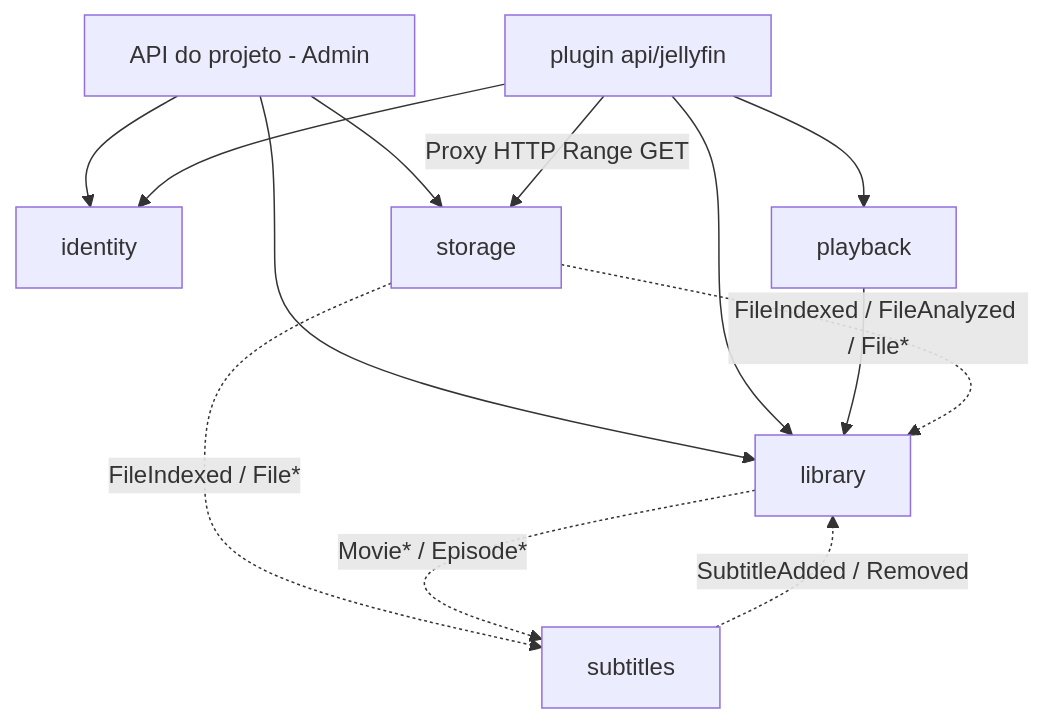
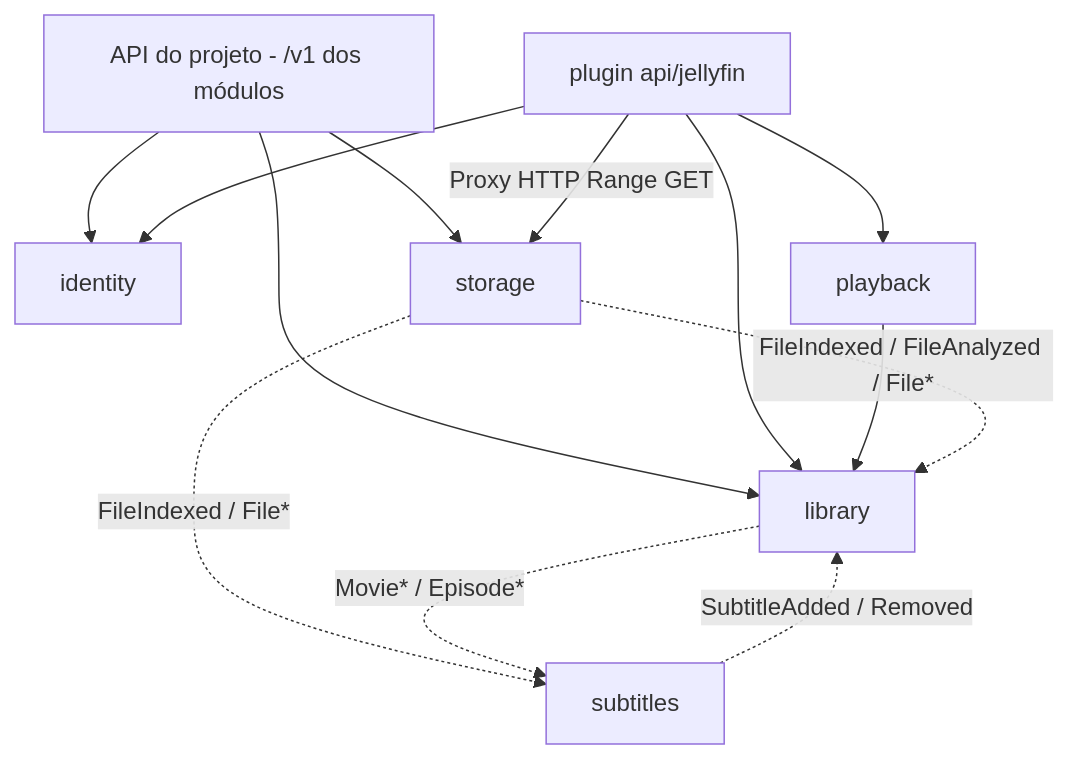
One commit to lukerops/mserver changed the diagram in docs/planejamento.md. Above: the diagram before and after it, drawn with Mermaid. The commit also changed other lines of this file and 2 other files, not shown here.

Commit message:
docs: alinhar arquitetura para HTTP REST entre módulos

````diff
--- a/docs/planejamento.md
+++ b/docs/planejamento.md
@@ -394,15 +423,15 @@
 ```mermaid
 flowchart TD
-    REST[API do projeto - Admin] --> ID[identity]
+    REST[API do projeto - /v1 dos módulos] --> ID[identity]
     REST --> STO[storage]
     REST --> LIB[library]
     JF[plugin api/jellyfin] --> ID
     JF --> LIB
     JF --> PB[playback]
     JF -->|Proxy HTTP Range GET| STO
     PB --> LIB
     STO -.->|FileIndexed / FileAnalyzed / File*| LIB
     STO -.->|FileIndexed / File*| SUB[subtitles]
     LIB -.->|Movie* / Episode*| SUB
     SUB -.->|SubtitleAdded / Removed| LIB
 ```
````
